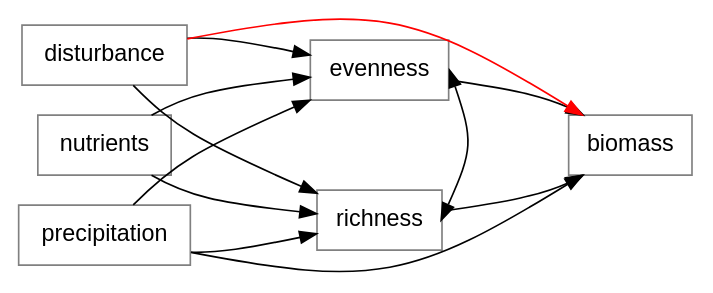
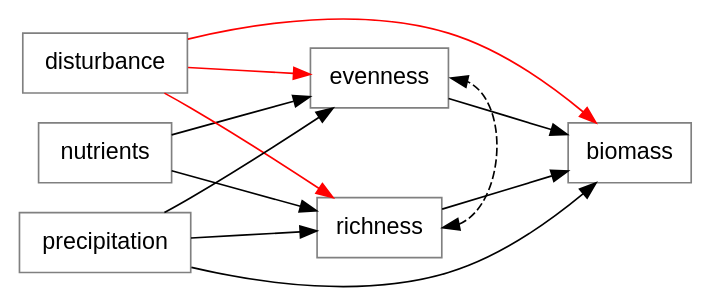
One commit to pennekampster/Swiss_SEM changed diagram 27 of 27 in 5_Slides/Intro_to_SEM_part1.qmd. Above: the diagram before and after it, drawn with Graphviz. The commit also changed other lines of this file and 1 other file, not shown here.

````diff
--- a/5_Slides/Intro_to_SEM_part1.qmd
+++ b/5_Slides/Intro_to_SEM_part1.qmd
@@ -1561,34 +1571,34 @@
 ```{dot}
-//| fig-width: 4
+//| fig-width: 6
 digraph  {
 
    # a 'graph' statement
-  graph [overlap = false, fontsize = 10, rankdir = LR, ranksep=1, splines=curved]
+  graph [overlap = false, fontsize = 10, rankdir = LR, ranksep=1]
 
   # several 'node' statements
   node [shape = box,
         fontname = Helvetica, color="gray"]
   
         evenness, richness;
         nutrients;
         disturbance;
         precipitation;
 
-    disturbance->richness;
-    disturbance->evenness;
+    disturbance->richness [color="red"];
+    disturbance->evenness [color="red"];
     nutrients->richness;
     nutrients->evenness;
     precipitation->richness;
     precipitation->evenness;
-    disturbance -> biomass [color=red];
+    disturbance -> biomass [color="red"];
     precipitation -> biomass;
 
-    evenness:e-> richness:e [dir=both; minlen=3] ;
+    evenness:e-> richness:e [dir=both; minlen=3; style="dashed"];
 
     evenness->biomass ;
     richness->biomass ;
   
- { rank="same"; nutrients; disturbance}
+ { rank="same"; nutrients; disturbance; precipitation}
  { rank="same"; evenness; richness}
 }
 ```
````
